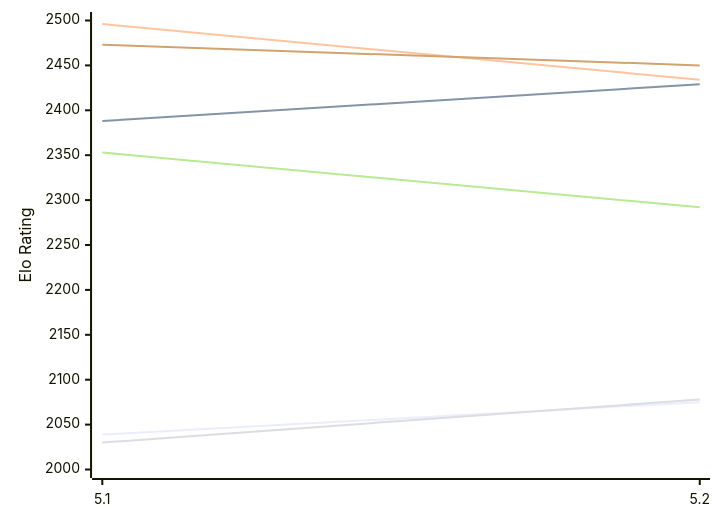
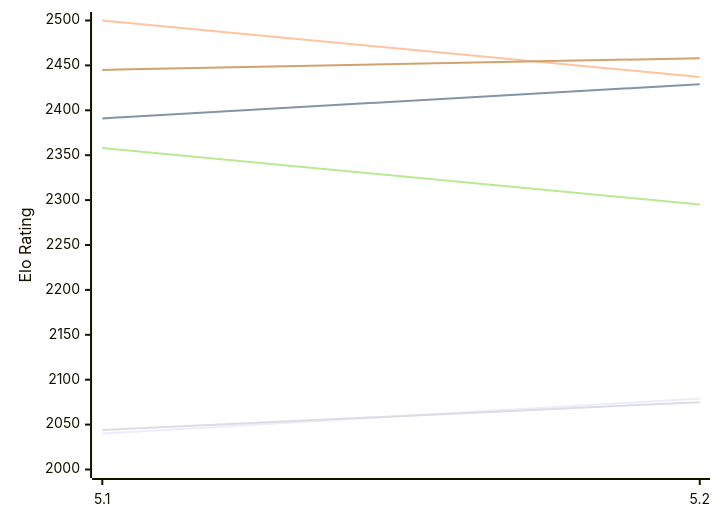
Before and after one commit to computer-chess-index/cci: the first of 2 diagrams in engines/Prophet.md, drawn with Mermaid. The commit also changed other lines of this file, not shown here.

Commit message:
Update CCI Ratings (ELO VLTC) - 2026-11-20

````diff
--- a/engines/Prophet.md
+++ b/engines/Prophet.md
@@ -50,12 +50,12 @@
 ```mermaid
 %%{init: {"theme":"base","themeVariables":{"seriesColors:['#a3a3a3','#222221','#faa371']}}}%%
 xychart-beta
   x-axis ["5.1", "5.2"]
   y-axis "Elo Rating" 2000 --> 2500
-  line "E1: STC (8.0+0.08s)" [2039, 2075]
-  line "E1: LTC (60.0+0.60s)" [2388, 2429]
-  line "E1: VLTC (2m24s+1.12s)" [2496, 2434]
-  line "P1: STC (8.0+0.08s)" [2030, 2078]
-  line "P1: LTC (60.0+0.60s)" [2353, 2292]
-  line "P1: VLTC (2m24s+1.12s)" [2473, 2450]
+  line "E1: STC (8.0+0.08s)" [2040, 2079]
+  line "E1: LTC (60.0+0.60s)" [2391, 2429]
+  line "E1: VLTC (2m24s+1.12s)" [2500, 2437]
+  line "P1: STC (8.0+0.08s)" [2044, 2075]
+  line "P1: LTC (60.0+0.60s)" [2358, 2295]
+  line "P1: VLTC (2m24s+1.12s)" [2445, 2458]
 ```
````
